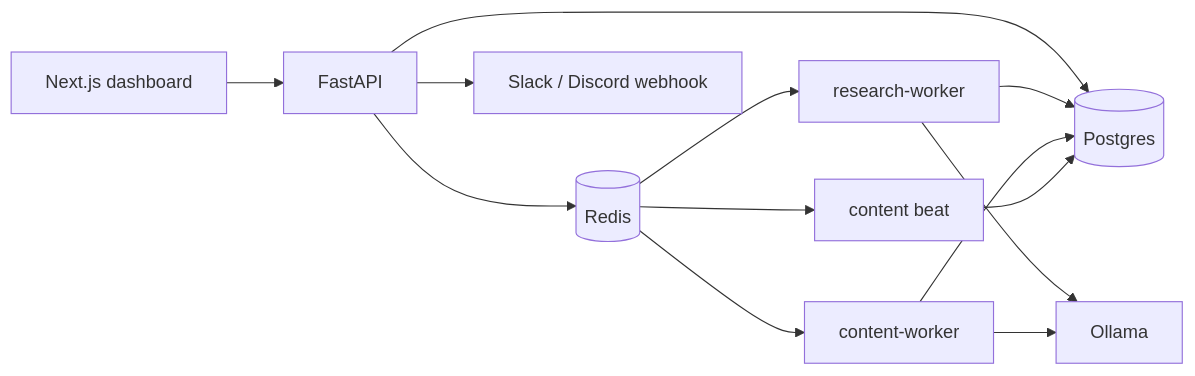
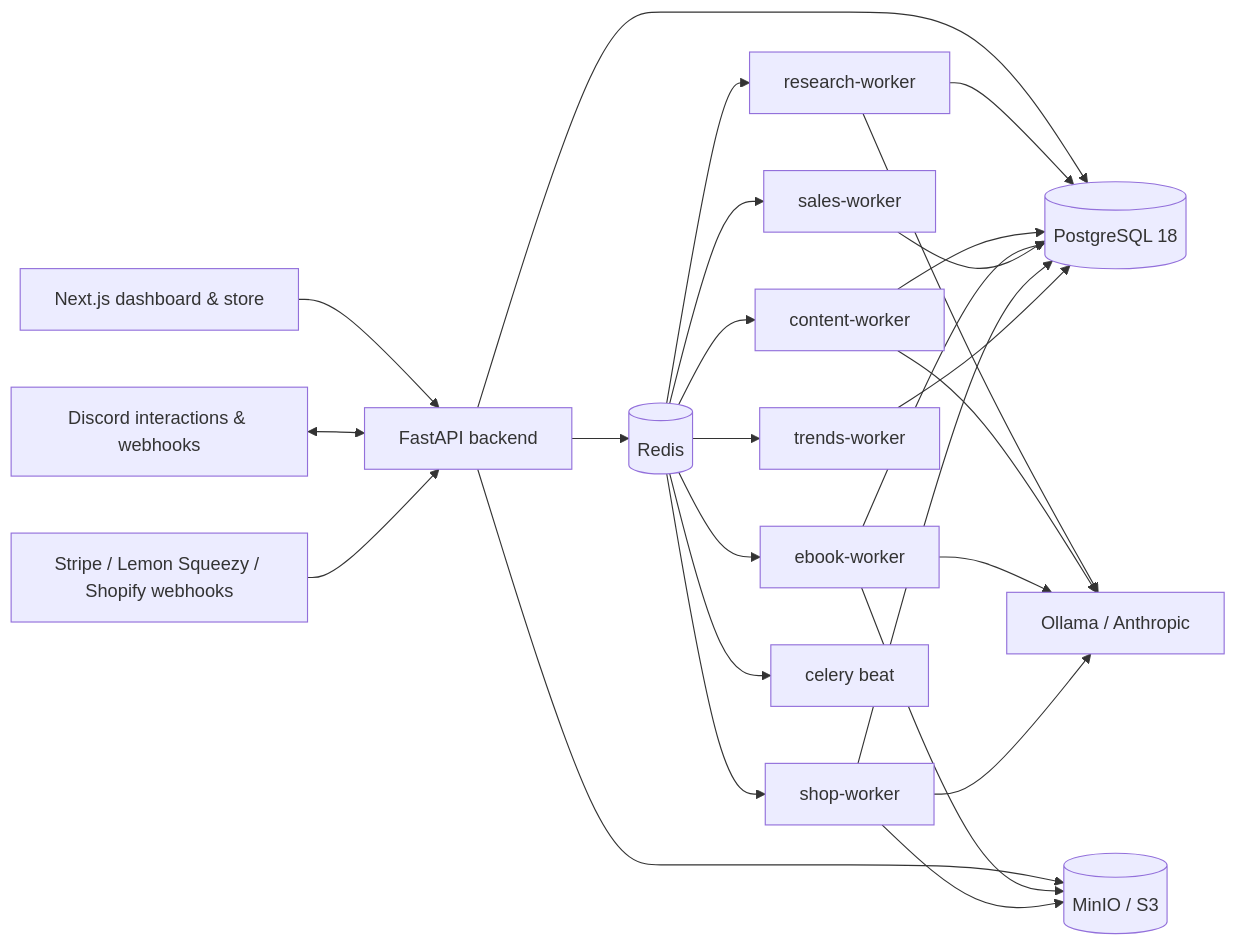
The fourth of 8 diagrams in README.md (ovezthaking/Autonomous-AI-Revenue-System), drawn with Mermaid before and after one commit. The commit also changed other lines of this file, not shown here.

Commit message:
Update readme with shopify digital store and trend discovery

````diff
--- a/README.md
+++ b/README.md
@@ -107,15 +193,32 @@
 ```mermaid
 flowchart LR
-  dash[Next.js dashboard] --> api[FastAPI]
-  api --> pg[(Postgres)]
+  dash[Next.js dashboard & store] --> api[FastAPI backend]
+  discord[Discord interactions & webhooks] <--> api
+  pay[Stripe / Lemon Squeezy / Shopify webhooks] --> api
+  api --> pg[(PostgreSQL 18)]
   api --> redis[(Redis)]
+  api --> minio[(MinIO / S3)]
+
   redis --> research[research-worker]
   redis --> content[content-worker]
-  redis --> beat[content beat]
+  redis --> ebook[ebook-worker]
+  redis --> sales[sales-worker]
+  redis --> shop[shop-worker]
+  redis --> trends[trends-worker]
+  redis --> beat[celery beat]
+
   research --> pg
   content --> pg
-  beat --> pg
-  research --> ollama[Ollama]
-  content --> ollama
-  api --> hook[Slack / Discord webhook]
+  ebook --> pg
+  sales --> pg
+  shop --> pg
+  trends --> pg
+
+  ebook --> minio
+  shop --> minio
+
+  research --> llm[Ollama / Anthropic]
+  content --> llm
+  ebook --> llm
+  shop --> llm
 ```
````
